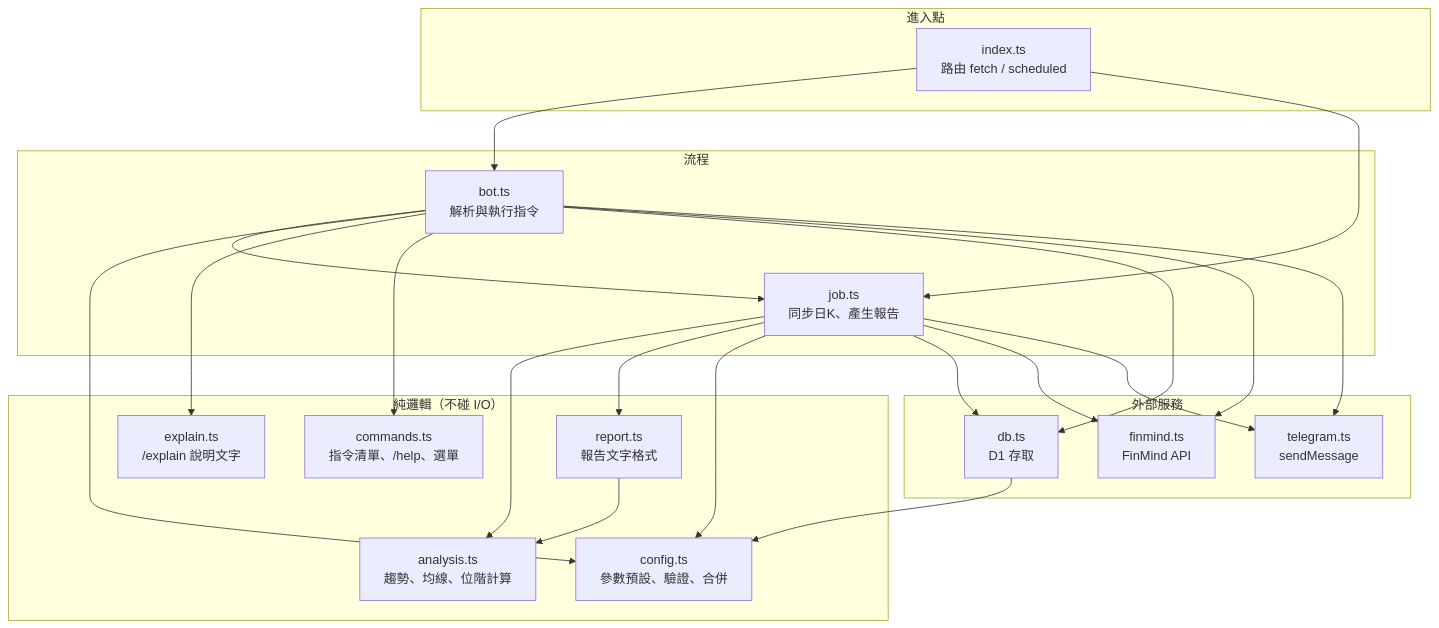
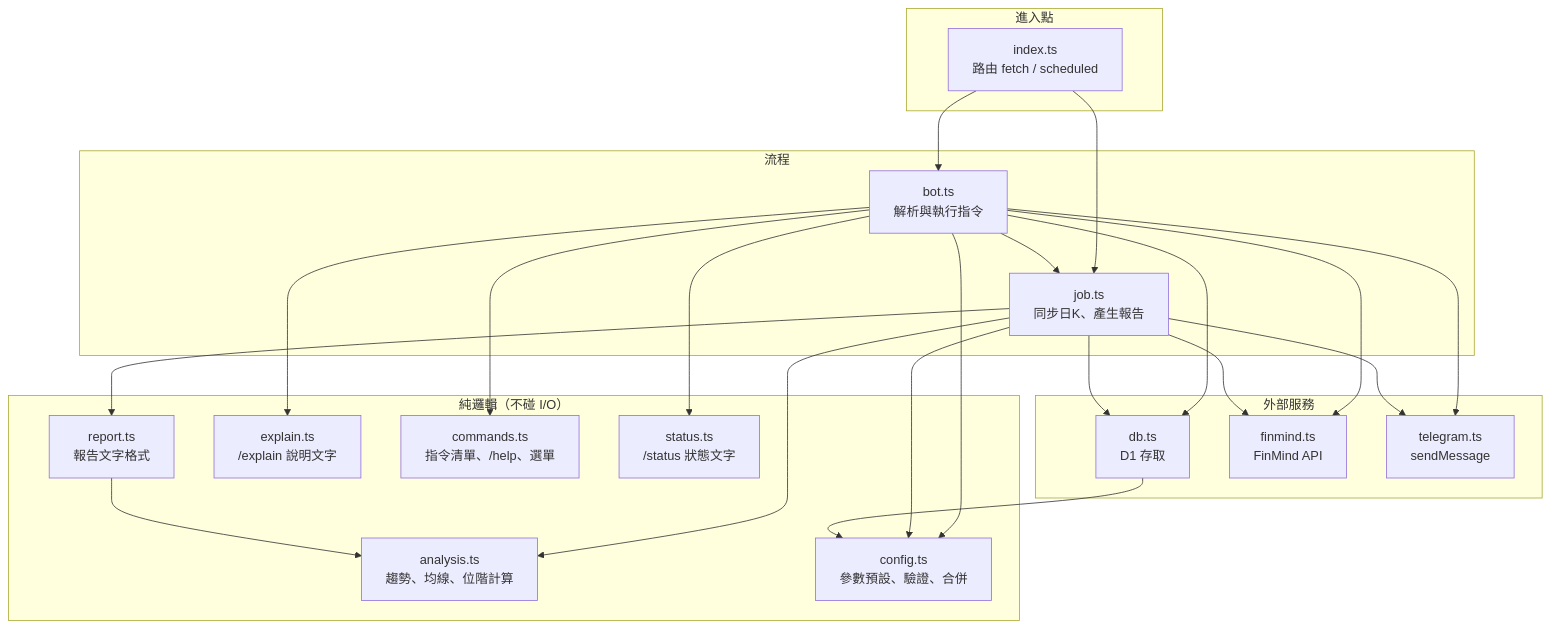
Before and after one commit to Ja7423/stock-tw-monitor: the second of 7 diagrams in doc/architecture.md, drawn with Mermaid. The commit also changed other lines of this file and 11 other files, not shown here.

````diff
--- a/doc/architecture.md
+++ b/doc/architecture.md
@@ -47,43 +47,45 @@
 ```mermaid
 flowchart TD
   subgraph entry["進入點"]
     index["index.ts<br/>路由 fetch / scheduled"]
   end
 
   subgraph flow["流程"]
     bot["bot.ts<br/>解析與執行指令"]
     job["job.ts<br/>同步日K、產生報告"]
   end
 
   subgraph domain["純邏輯（不碰 I/O）"]
     analysis["analysis.ts<br/>趨勢、均線、位階計算"]
     report["report.ts<br/>報告文字格式"]
     config["config.ts<br/>參數預設、驗證、合併"]
     explain["explain.ts<br/>/explain 說明文字"]
     commands["commands.ts<br/>指令清單、/help、選單"]
+    status["status.ts<br/>/status 狀態文字"]
   end
 
   subgraph io["外部服務"]
     db["db.ts<br/>D1 存取"]
     finmind["finmind.ts<br/>FinMind API"]
     telegram["telegram.ts<br/>sendMessage"]
   end
 
   index --> bot
   index --> job
   bot --> job
   bot --> config
   bot --> explain
   bot --> commands
+  bot --> status
   bot --> db
   bot --> finmind
   bot --> telegram
   job --> analysis
   job --> report
   job --> config
   job --> db
   job --> finmind
   job --> telegram
   report --> analysis
   db --> config
 ```
````
